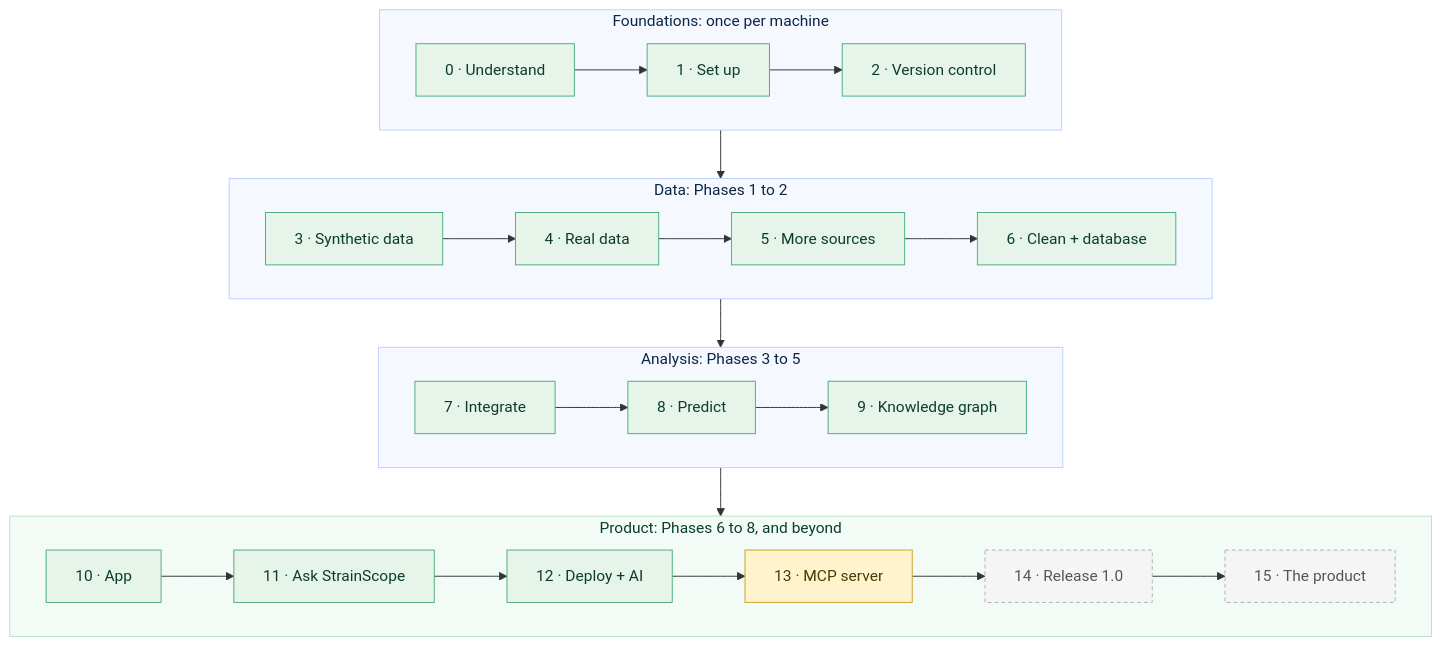
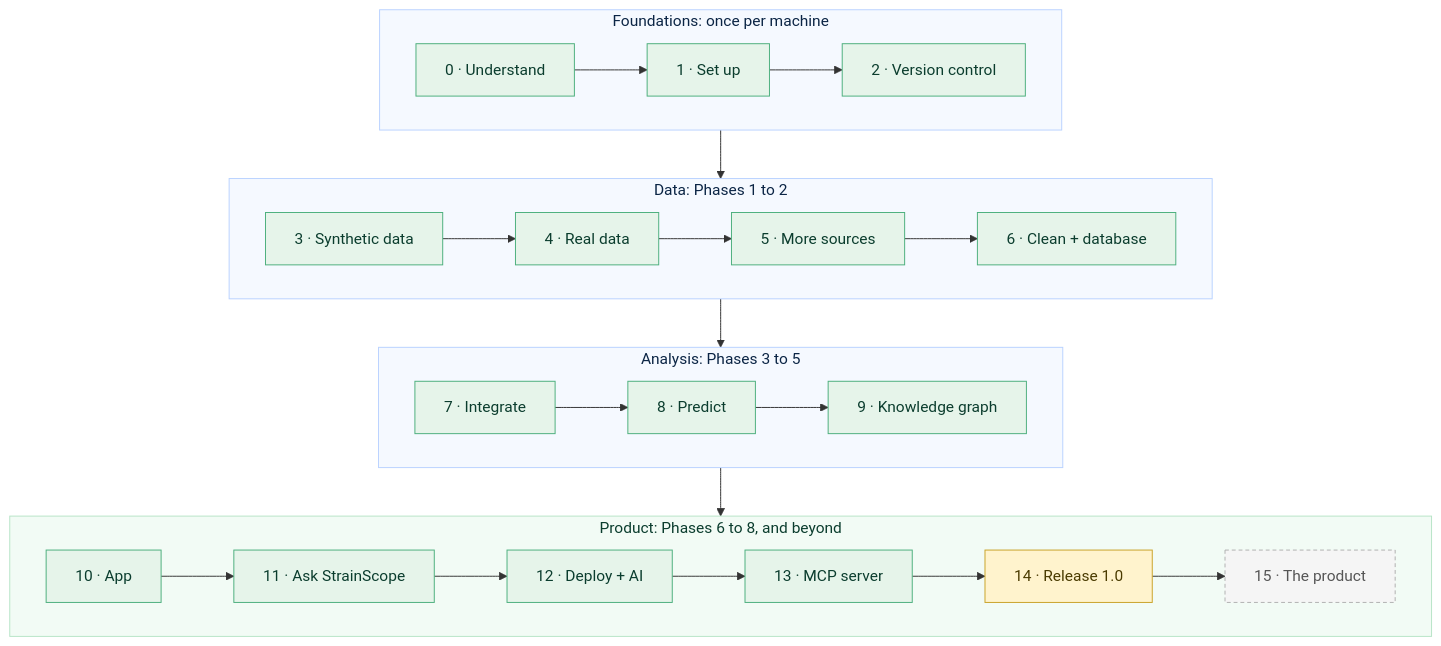
The first of 4 diagrams in docs/HANDBOOK.md (akannan2987/strainscope), drawn with Mermaid before and after one commit. The commit also changed other lines of this file and 34 other files, not shown here.

````diff
--- a/docs/HANDBOOK.md
+++ b/docs/HANDBOOK.md
@@ -44,31 +44,31 @@
 ```mermaid
 flowchart TB
     subgraph FOUND["Foundations: once per machine"]
         direction LR
         S0["0 · Understand"] --> S1["1 · Set up"] --> S2["2 · Version control"]
     end
     subgraph DATA["Data: Phases 1 to 2"]
         direction LR
         S3["3 · Synthetic data"] --> S4["4 · Real data"] --> S5["5 · More sources"] --> S6["6 · Clean + database"]
     end
     subgraph ANALYSIS["Analysis: Phases 3 to 5"]
         direction LR
         S7["7 · Integrate"] --> S8["8 · Predict"] --> S9["9 · Knowledge graph"]
     end
     subgraph PRODUCT["Product: Phases 6 to 8, and beyond"]
         direction LR
         S10["10 · App"] --> S11["11 · Ask StrainScope"] --> S12["12 · Deploy + AI"] --> S13["13 · MCP server"] --> S14["14 · Release 1.0"] --> S15["15 · The product"]
     end
     FOUND --> DATA --> ANALYSIS --> PRODUCT
 
     classDef done fill:#E6F4EA,stroke:#4CAF7D,color:#0B3D2E;
     classDef next fill:#FFF3CD,stroke:#C9A227,color:#4A3B00;
     classDef later fill:#F5F5F5,stroke:#B0B0B0,color:#555555,stroke-dasharray:4 3;
-    class S0,S1,S2,S3,S4,S5,S6,S7,S8,S9,S10,S11,S12 done
-    class S13 next
-    class S14,S15 later
+    class S0,S1,S2,S3,S4,S5,S6,S7,S8,S9,S10,S11,S12,S13 done
+    class S14 next
+    class S15 later
     style FOUND fill:#F5F9FF,stroke:#B9D2FF,color:#0B2545
     style DATA fill:#F5F9FF,stroke:#B9D2FF,color:#0B2545
     style ANALYSIS fill:#F5F9FF,stroke:#B9D2FF,color:#0B2545
     style PRODUCT fill:#F2FBF5,stroke:#B7E4C7,color:#0B3D2E
 ```
````
